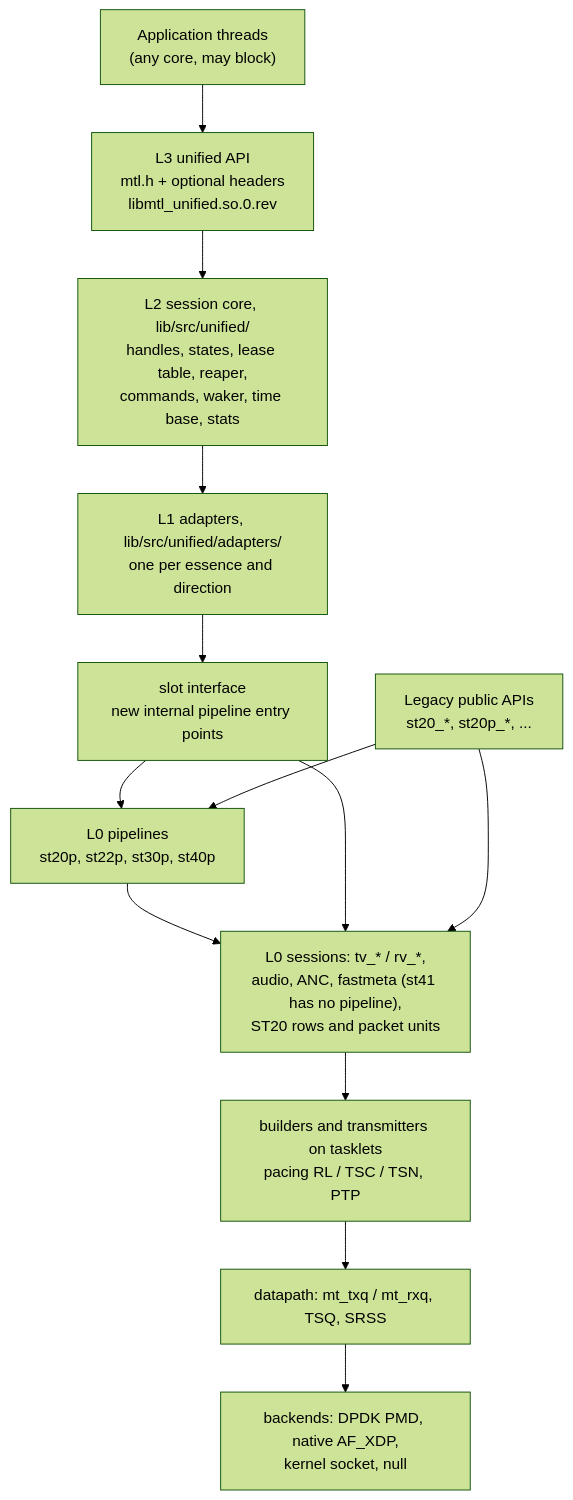
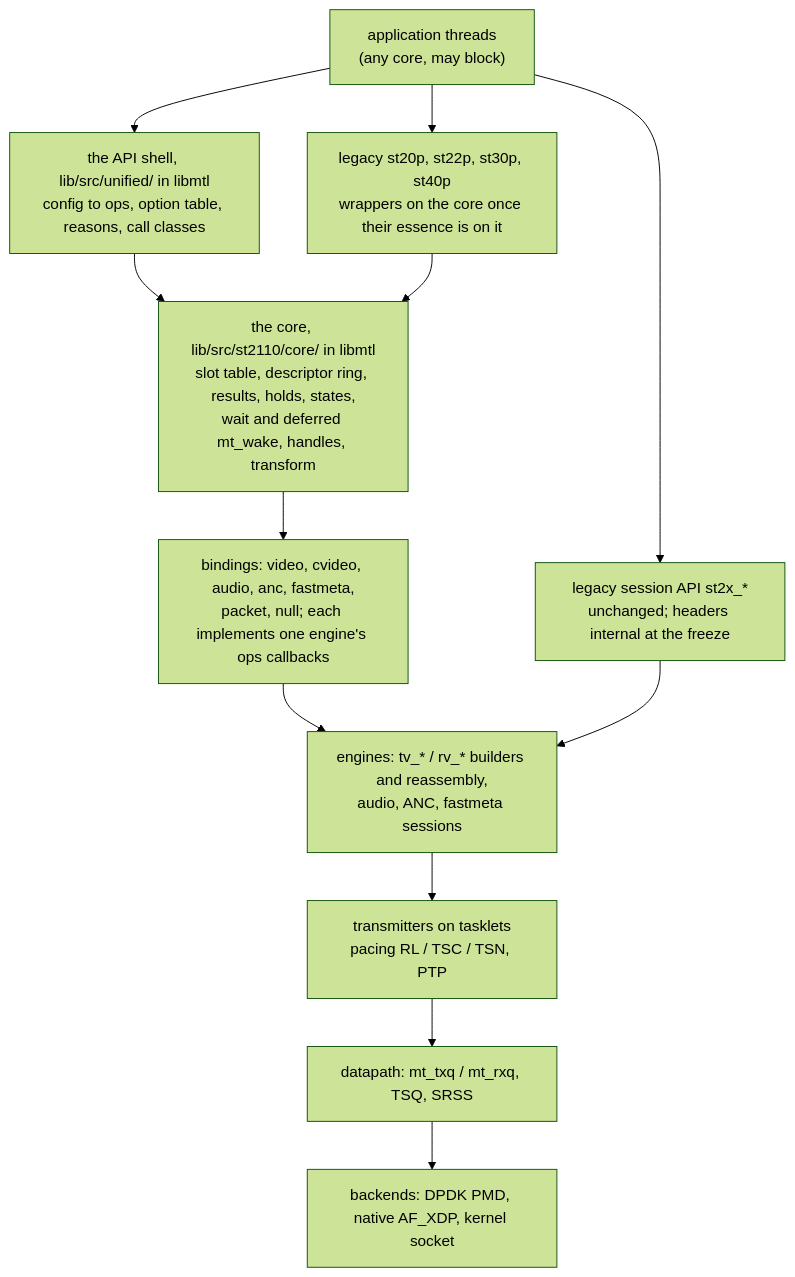
The diagram in doc/unified-api/engine.md (Sakoram/Media-Transport-Library), drawn with Mermaid (forest theme) before and after one commit. The commit also changed other lines of this file and 56 other files, not shown here.

First line of the commit message:
Docs: Turn the unified API docs into the MS1 handoff

````diff
--- a/doc/unified-api/engine.md
+++ b/doc/unified-api/engine.md
@@ -22,16 +20,15 @@
 ```mermaid
 flowchart TB
-    APP["Application threads<br/>(any core, may block)"] --> L3
-    L3["L3 unified API<br/>mtl.h + optional headers<br/>libmtl_unified.so.0.rev"] --> L2
-    L2["L2 session core, lib/src/unified/<br/>handles, states, lease table, reaper,<br/>commands, waker, time base, stats"] --> L1
-    L1["L1 adapters, lib/src/unified/adapters/<br/>one per essence and direction"] --> SI
-    SI["slot interface<br/>new internal pipeline entry points"] --> PIPE
-    PIPE["L0 pipelines<br/>st20p, st22p, st30p, st40p"] --> SESS
-    SI --> SESS
-    SESS["L0 sessions: tv_* / rv_*,<br/>audio, ANC, fastmeta (st41 has no pipeline),<br/>ST20 rows and packet units"] --> TRS
-    TRS["builders and transmitters on tasklets<br/>pacing RL / TSC / TSN, PTP"] --> DP
+    APP["application threads<br/>(any core, may block)"] --> API
+    APP --> LEGP
+    APP --> LEGS
+    API["the API shell, lib/src/unified/ in libmtl<br/>config to ops, option table, reasons, call classes"] --> CORE
+    LEGP["legacy st20p, st22p, st30p, st40p<br/>wrappers on the core once their essence is on it"] --> CORE
+    CORE["the core, lib/src/st2110/core/ in libmtl<br/>slot table, descriptor ring, results, holds, states,<br/>wait and deferred mt_wake, handles, transform"] --> BIND
+    BIND["bindings: video, cvideo, audio, anc, fastmeta,<br/>packet, null; each implements one engine's ops callbacks"] --> SESS
+    LEGS["legacy session API st2x_*<br/>unchanged; headers internal at the freeze"] --> SESS
+    SESS["engines: tv_* / rv_* builders and reassembly,<br/>audio, ANC, fastmeta sessions"] --> TRS
+    TRS["transmitters on tasklets<br/>pacing RL / TSC / TSN, PTP"] --> DP
     DP["datapath: mt_txq / mt_rxq, TSQ, SRSS"] --> BE
-    BE["backends: DPDK PMD, native AF_XDP,<br/>kernel socket, null"]
-    LEG["Legacy public APIs<br/>st20_*, st20p_*, ..."] --> PIPE
-    LEG --> SESS
+    BE["backends: DPDK PMD, native AF_XDP, kernel socket"]
 ```
````
